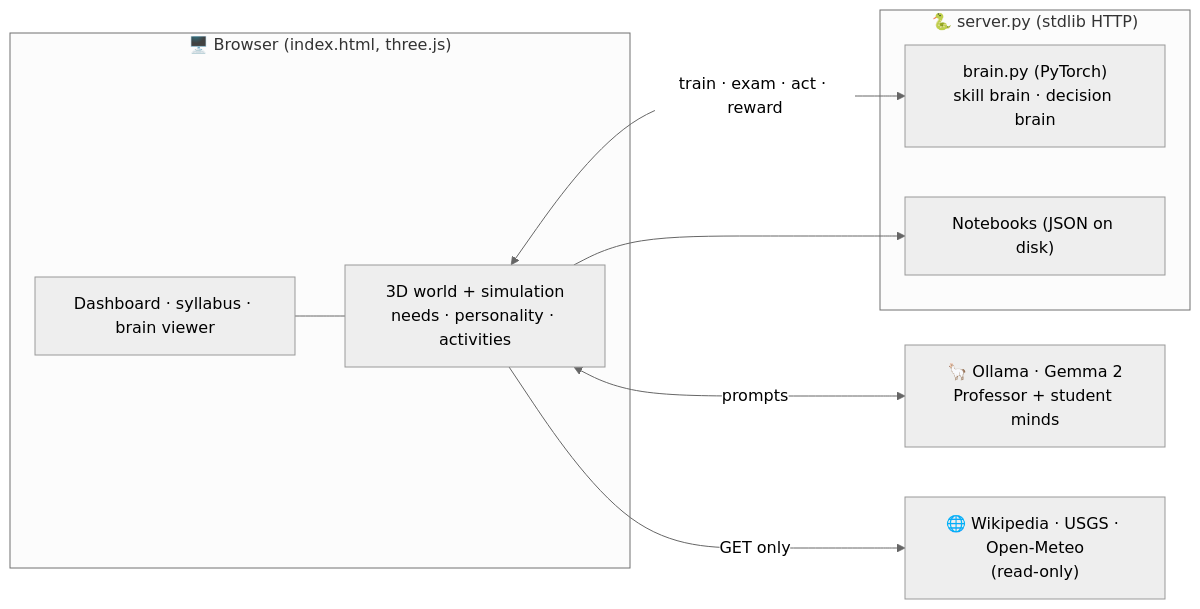
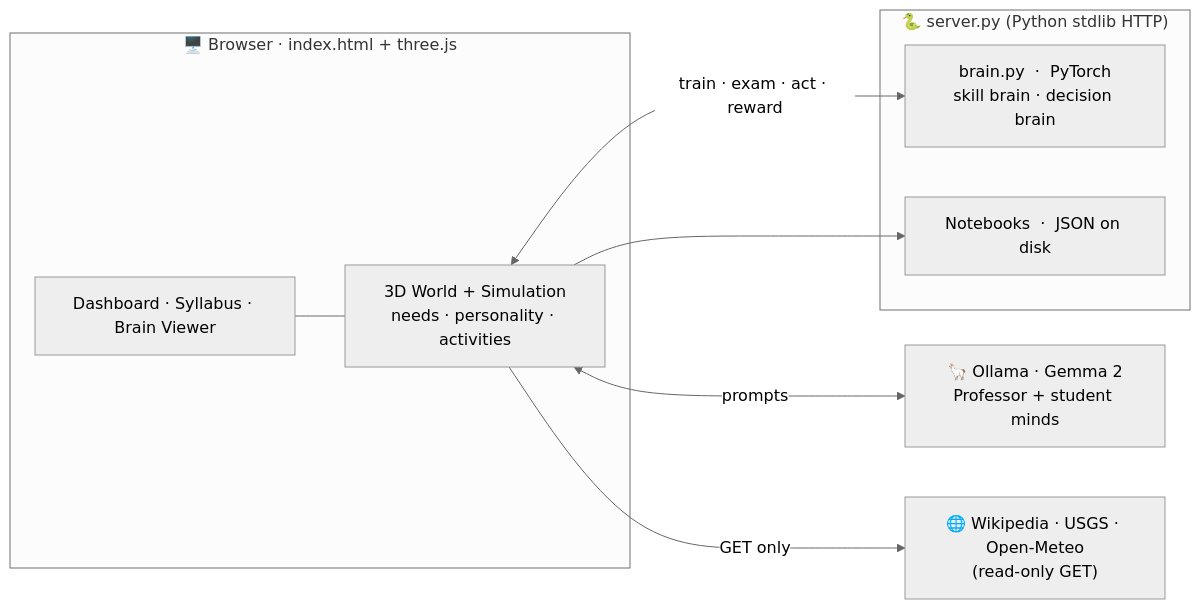
The diagram in README.md (andrewsavio/AI-World), drawn with Mermaid (neutral theme) before and after one commit. The commit also changed other lines of this file and 1 other file, not shown here.

````diff
--- a/README.md
+++ b/README.md
@@ -67,18 +89,19 @@
 ```mermaid
 flowchart LR
-    subgraph Browser["🖥️ Browser (index.html, three.js)"]
-        W["3D world + simulation<br/>needs · personality · activities"]
-        UI["Dashboard · syllabus · brain viewer"]
+    subgraph Browser["🖥️ Browser  ·  index.html + three.js"]
+        W["3D World + Simulation<br/>needs · personality · activities"]
+        UI["Dashboard · Syllabus · Brain Viewer"]
     end
-    subgraph Server["🐍 server.py (stdlib HTTP)"]
-        B["brain.py (PyTorch)<br/>skill brain · decision brain"]
-        N["Notebooks (JSON on disk)"]
+    subgraph Server["🐍 server.py  (Python stdlib HTTP)"]
+        B["brain.py  ·  PyTorch<br/>skill brain · decision brain"]
+        N["Notebooks  ·  JSON on disk"]
     end
     O["🦙 Ollama · Gemma 2<br/>Professor + student minds"]
-    I["🌐 Wikipedia · USGS · Open-Meteo<br/>(read-only)"]
+    I["🌐 Wikipedia · USGS · Open-Meteo<br/>(read-only GET)"]
+
     W <-->|"train · exam · act · reward"| B
     W --> N
     W <-->|"prompts"| O
     W -->|"GET only"| I
     UI --- W
 ```
````
